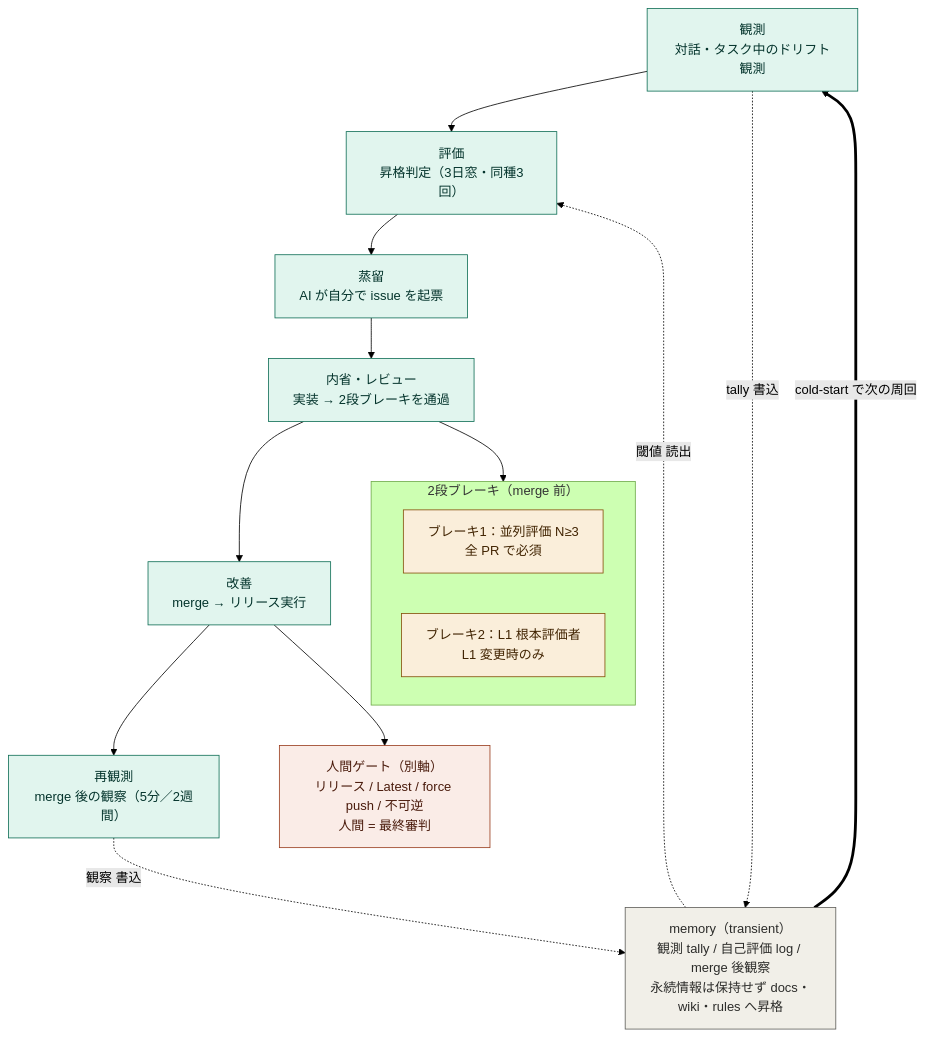
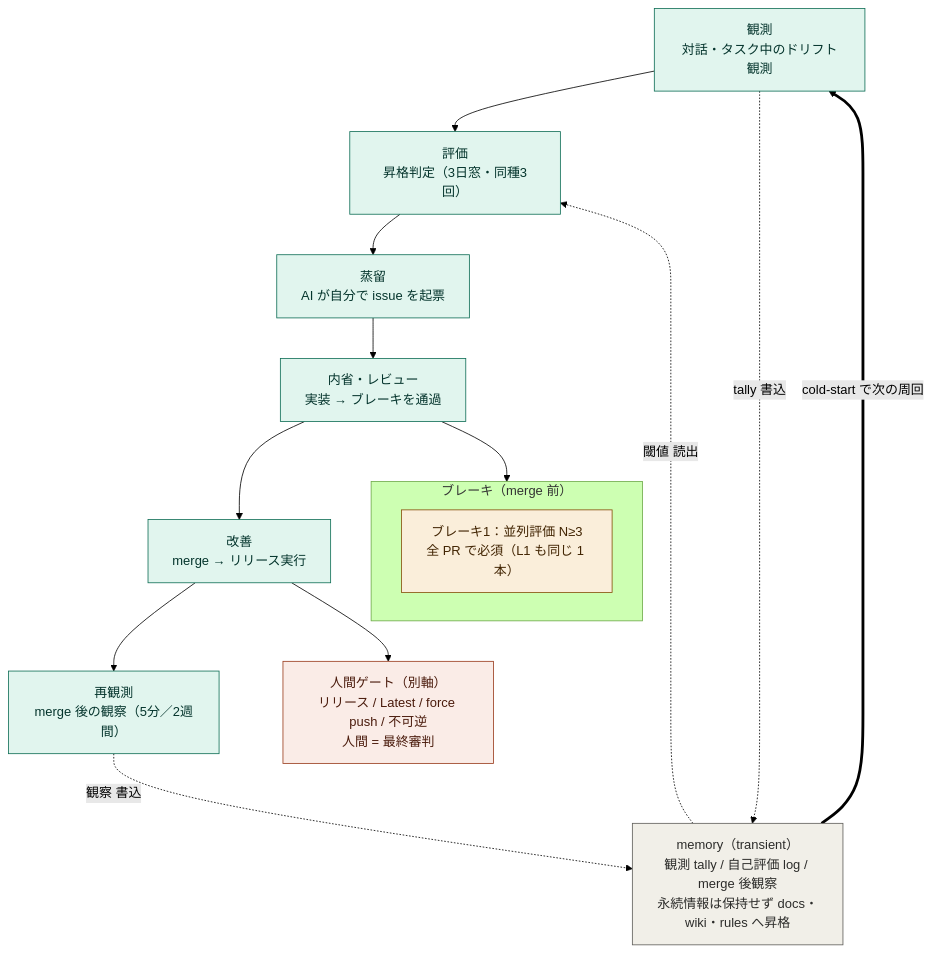
The diagram in docs/G.-Sheepdog-Engineering.md (Liplus-Project/liplus-language), drawn with Mermaid (forest theme) before and after one commit. The commit also changed other lines of this file and 34 other files, not shown here.

````diff
--- a/docs/G.-Sheepdog-Engineering.md
+++ b/docs/G.-Sheepdog-Engineering.md
@@ -241,34 +241,33 @@
 ```mermaid
 flowchart TD
     O["観測<br/>対話・タスク中のドリフト観測"]
     E["評価<br/>昇格判定（3日窓・同種3回）"]
     D["蒸留<br/>AI が自分で issue を起票"]
-    R["内省・レビュー<br/>実装 → 2段ブレーキを通過"]
+    R["内省・レビュー<br/>実装 → ブレーキを通過"]
     IM["改善<br/>merge → リリース実行"]
     RO["再観測<br/>merge 後の観察（5分／2週間）"]
     MEM["memory（transient）<br/>観測 tally / 自己評価 log / merge 後観察<br/>永続情報は保持せず docs・wiki・rules へ昇格"]
 
     O --> E --> D --> R --> IM --> RO
     O -. "tally 書込" .-> MEM
     MEM -. "閾値 読出" .-> E
     RO -. "観察 書込" .-> MEM
     MEM == "cold-start で次の周回" ==> O
 
-    subgraph BR["2段ブレーキ（merge 前）"]
-        B1["ブレーキ1：並列評価 N≥3<br/>全 PR で必須"]
-        B2["ブレーキ2：L1 根本評価者<br/>L1 変更時のみ"]
+    subgraph BR["ブレーキ（merge 前）"]
+        B1["ブレーキ1：並列評価 N≥3<br/>全 PR で必須（L1 も同じ 1 本）"]
     end
     R --> BR
 
     H["人間ゲート（別軸）<br/>リリース / Latest / force push / 不可逆<br/>人間 = 最終審判"]
     IM --> H
 
     classDef loop fill:#E1F5EE,stroke:#0F6E56,color:#04342C;
     classDef mem fill:#F1EFE8,stroke:#5F5E5A,color:#2C2C2A;
     classDef brake fill:#FAEEDA,stroke:#854F0B,color:#412402;
     classDef human fill:#FAECE7,stroke:#993C1D,color:#4A1B0C;
     class O,E,D,R,IM,RO loop;
     class MEM mem;
-    class B1,B2 brake;
+    class B1 brake;
     class H human;
 ```
````
